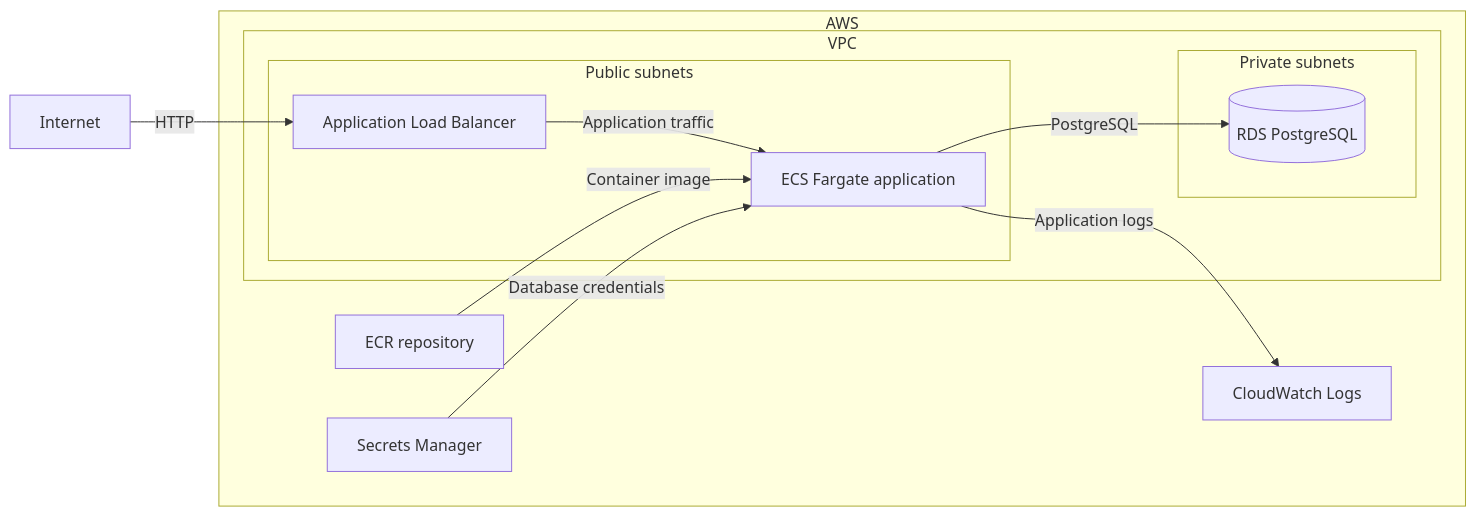
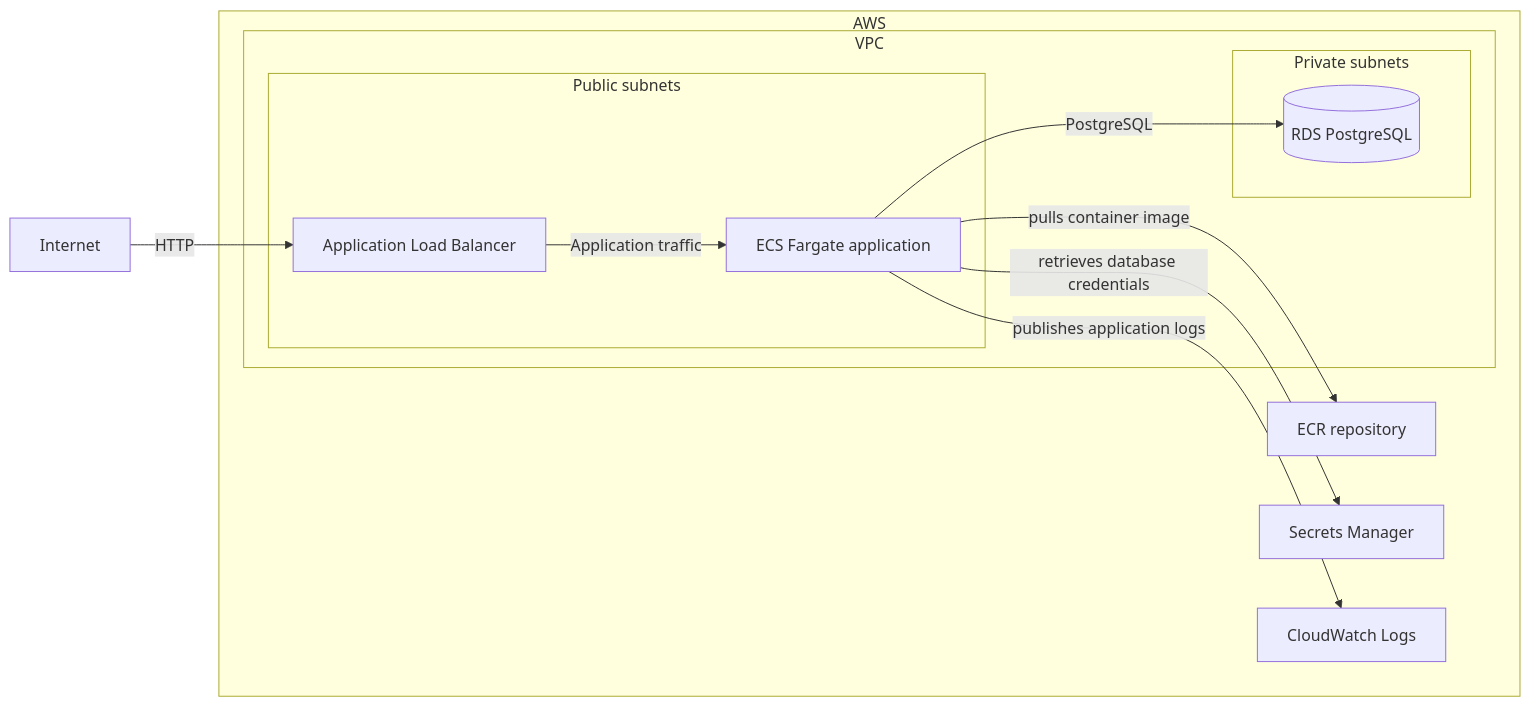
The sixth of 9 diagrams in docs/architecture.md (istvandezsi/java-cloud-platform-lab), drawn with Mermaid before and after one commit. The commit also changed other lines of this file and 2 other files, not shown here.

Commit message:
Correct documentation accuracy and AWS operations

````diff
--- a/docs/architecture.md
+++ b/docs/architecture.md
@@ -230,29 +230,29 @@
 ```mermaid
 flowchart LR
     Internet[Internet]
 
     subgraph AWS[AWS]
         subgraph VPC[VPC]
             subgraph PublicSubnets[Public subnets]
                 LoadBalancer[Application Load Balancer]
                 ECS[ECS Fargate application]
             end
 
             subgraph PrivateSubnets[Private subnets]
                 RDS[(RDS PostgreSQL)]
             end
         end
 
         ECR[ECR repository]
         Secret[Secrets Manager]
         Logs[CloudWatch Logs]
     end
 
     Internet -->|HTTP| LoadBalancer
     LoadBalancer -->|Application traffic| ECS
     ECS -->|PostgreSQL| RDS
 
-    ECR -->|Container image| ECS
-    Secret -->|Database credentials| ECS
-    ECS -->|Application logs| Logs
+    ECS -->|pulls container image| ECR
+    ECS -->|retrieves database credentials| Secret
+    ECS -->|publishes application logs| Logs
 ```
````
